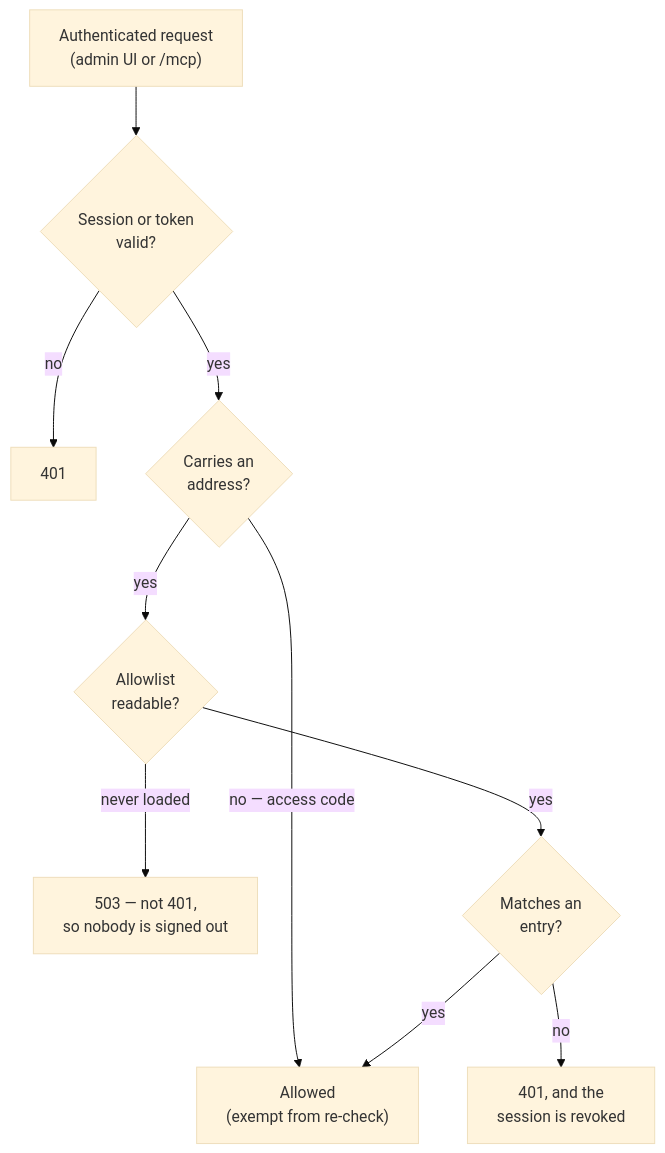
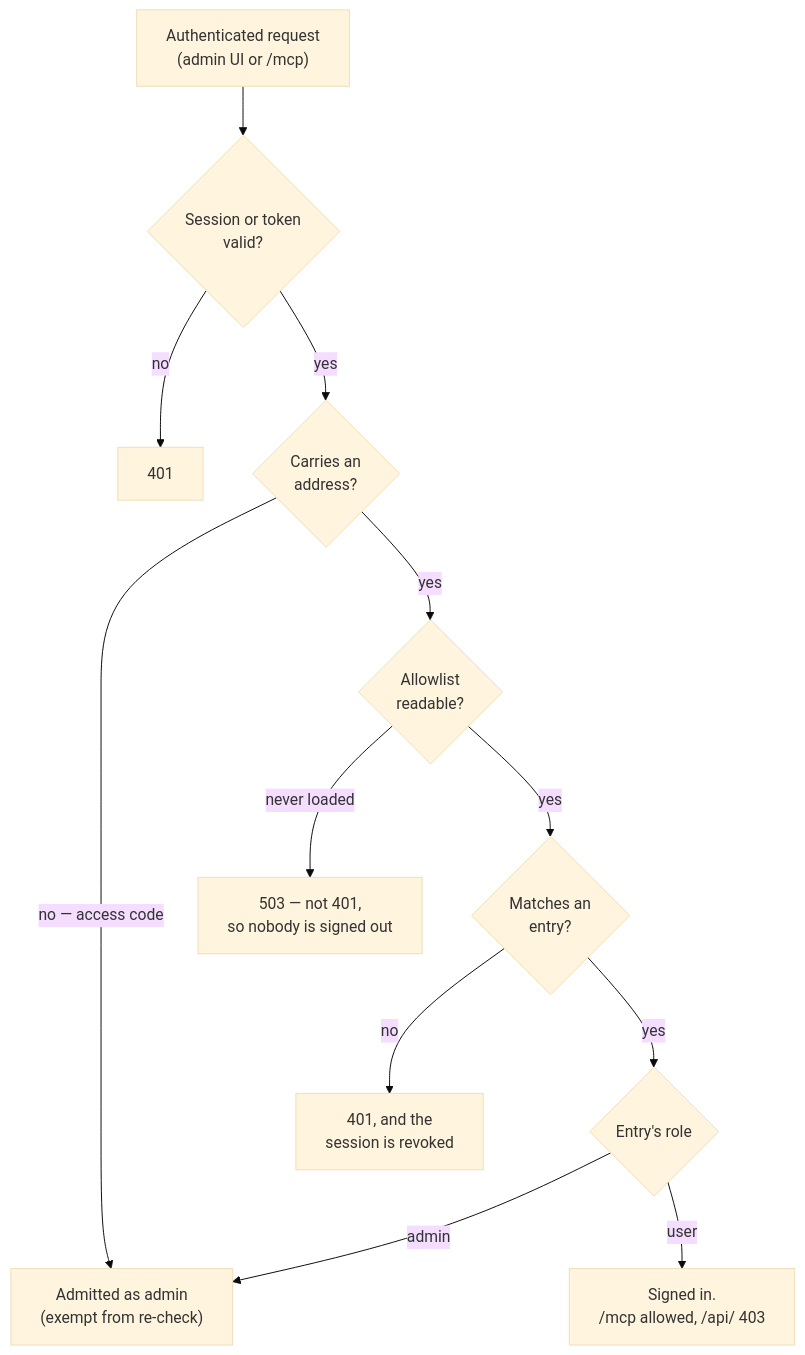
One commit to BuildDownAI/AI-Implement changed the diagram in docs/access-model.md. Above: the diagram before and after it, drawn with Mermaid (base theme). The commit also changed other lines of this file and 15 other files, not shown here.

Commit message:
feat: enforce Admin/User roles at the admin gate (AII-340)

````diff
--- a/docs/access-model.md
+++ b/docs/access-model.md
@@ -35,12 +35,14 @@
 ```mermaid
 flowchart TD
     R["Authenticated request<br/>(admin UI or /mcp)"] --> S{"Session or token<br/>valid?"}
     S -- no --> U["401"]
     S -- yes --> A{"Carries an<br/>address?"}
-    A -- "no — access code" --> OK["Allowed<br/>(exempt from re-check)"]
+    A -- "no — access code" --> ADM["Admitted as admin<br/>(exempt from re-check)"]
     A -- yes --> L{"Allowlist<br/>readable?"}
     L -- "never loaded" --> E["503 — not 401,<br/>so nobody is signed out"]
     L -- yes --> M{"Matches an<br/>entry?"}
     M -- no --> D["401, and the<br/>session is revoked"]
-    M -- yes --> OK
+    M -- yes --> R2{"Entry's role"}
+    R2 -- admin --> ADM
+    R2 -- user --> USR["Signed in.<br/>/mcp allowed, /api/ 403"]
 ```
````
